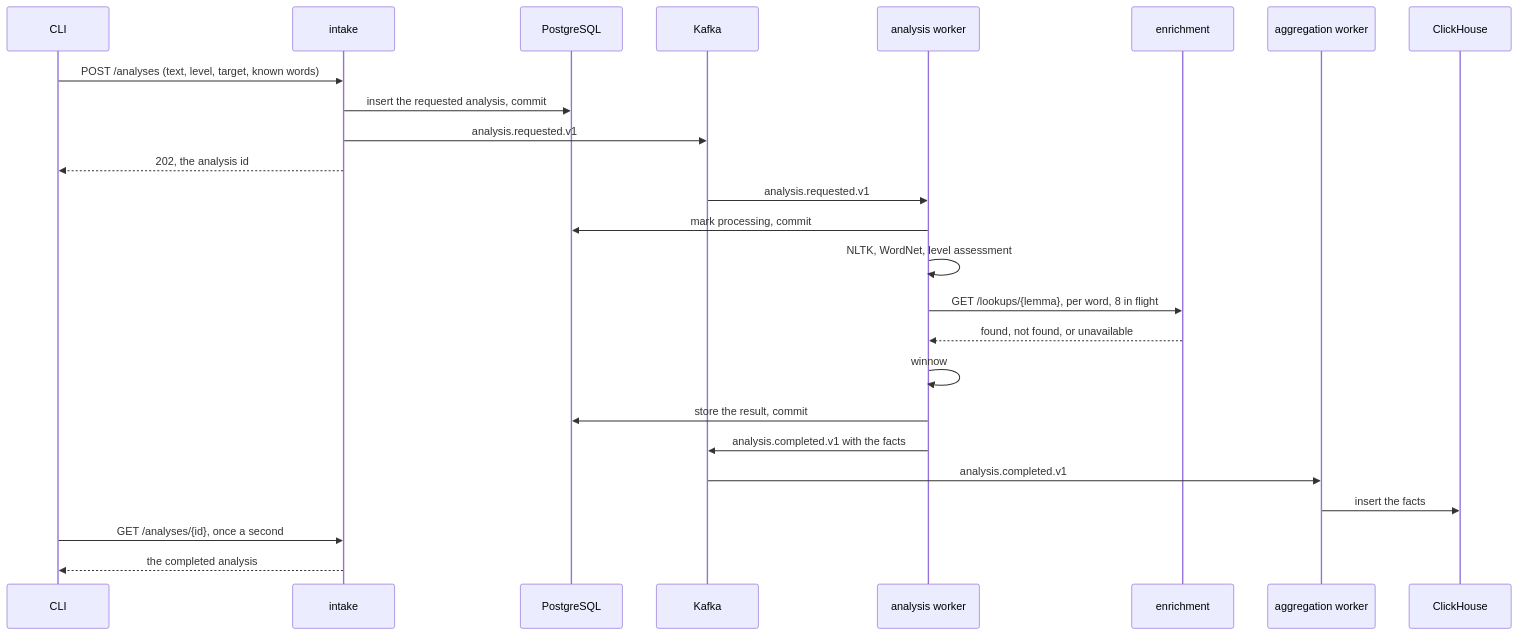
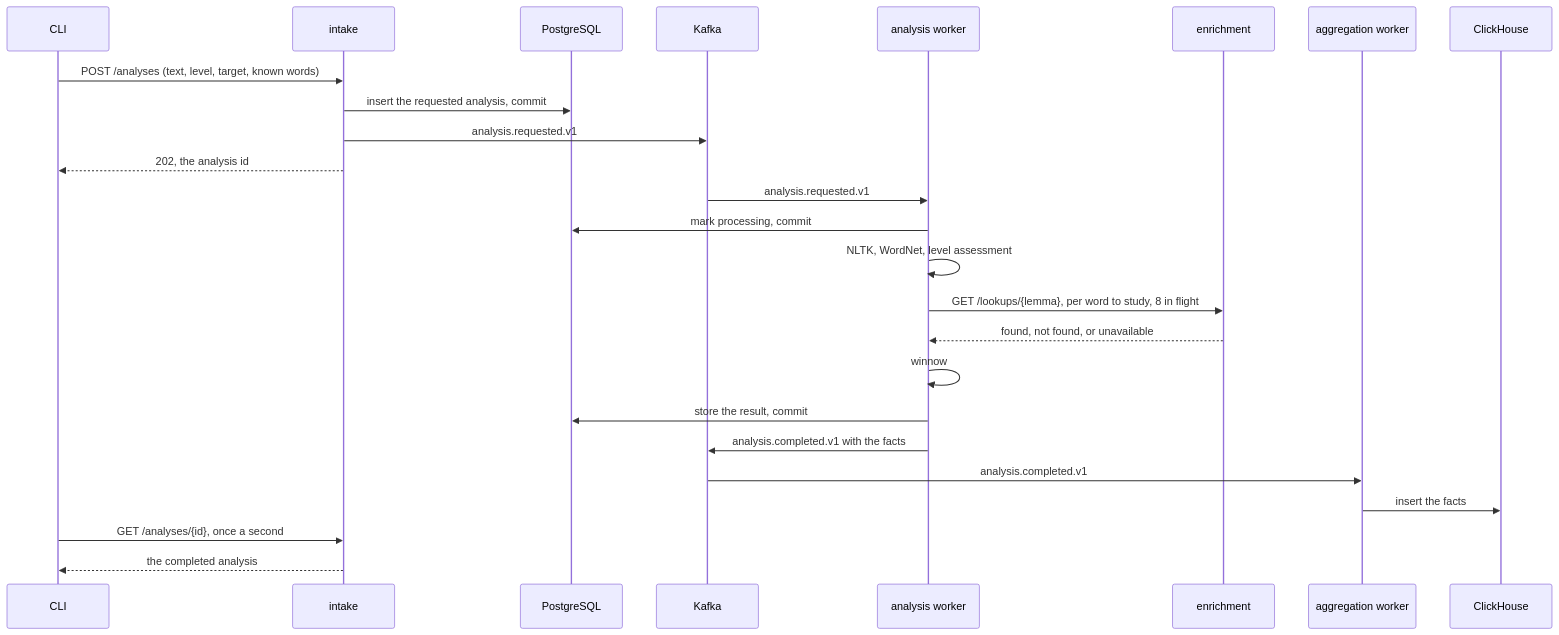
One commit to wordbench/wordwinnow changed the second of 2 diagrams in docs/architecture.md. Above: the diagram before and after it, drawn with Mermaid. The commit also changed other lines of this file and 2 other files, not shown here.

````diff
--- a/docs/architecture.md
+++ b/docs/architecture.md
@@ -381,27 +383,27 @@
 ```mermaid
 sequenceDiagram
     participant C as CLI
     participant I as intake
     participant P as PostgreSQL
     participant K as Kafka
     participant W as analysis worker
     participant E as enrichment
     participant A as aggregation worker
     participant H as ClickHouse
     C->>I: POST /analyses (text, level, target, known words)
     I->>P: insert the requested analysis, commit
     I->>K: analysis.requested.v1
     I-->>C: 202, the analysis id
     K->>W: analysis.requested.v1
     W->>P: mark processing, commit
     W->>W: NLTK, WordNet, level assessment
-    W->>E: GET /lookups/{lemma}, per word, 8 in flight
+    W->>E: GET /lookups/{lemma}, per word to study, 8 in flight
     E-->>W: found, not found, or unavailable
     W->>W: winnow
     W->>P: store the result, commit
     W->>K: analysis.completed.v1 with the facts
     K->>A: analysis.completed.v1
     A->>H: insert the facts
     C->>I: GET /analyses/{id}, once a second
     I-->>C: the completed analysis
 ```
````
